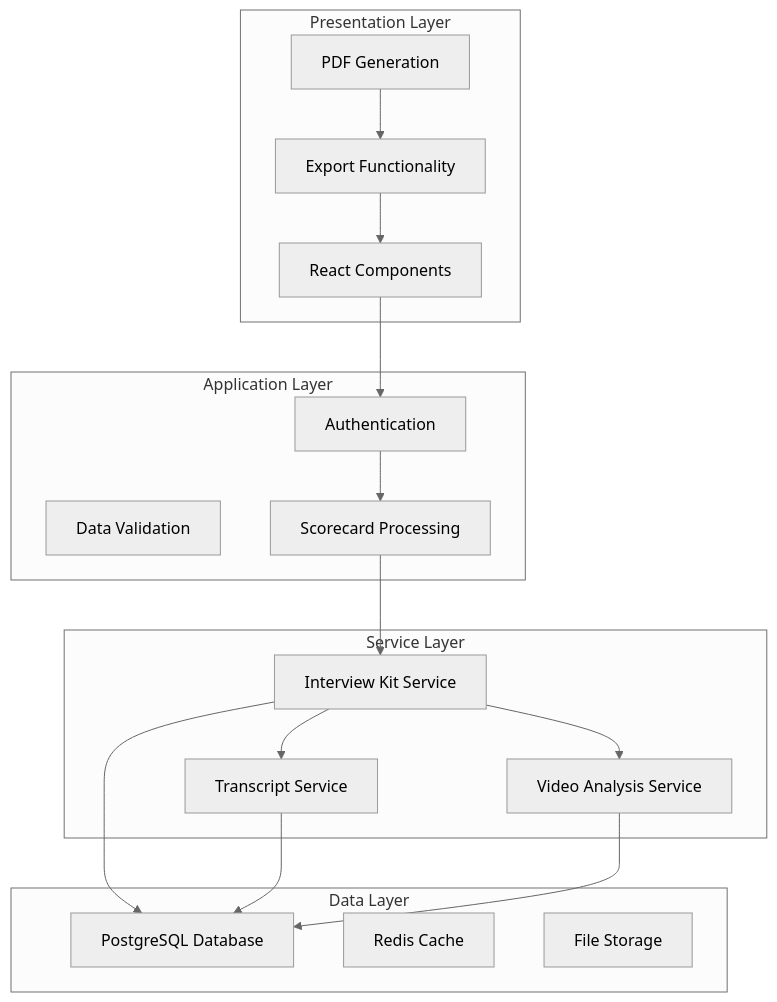
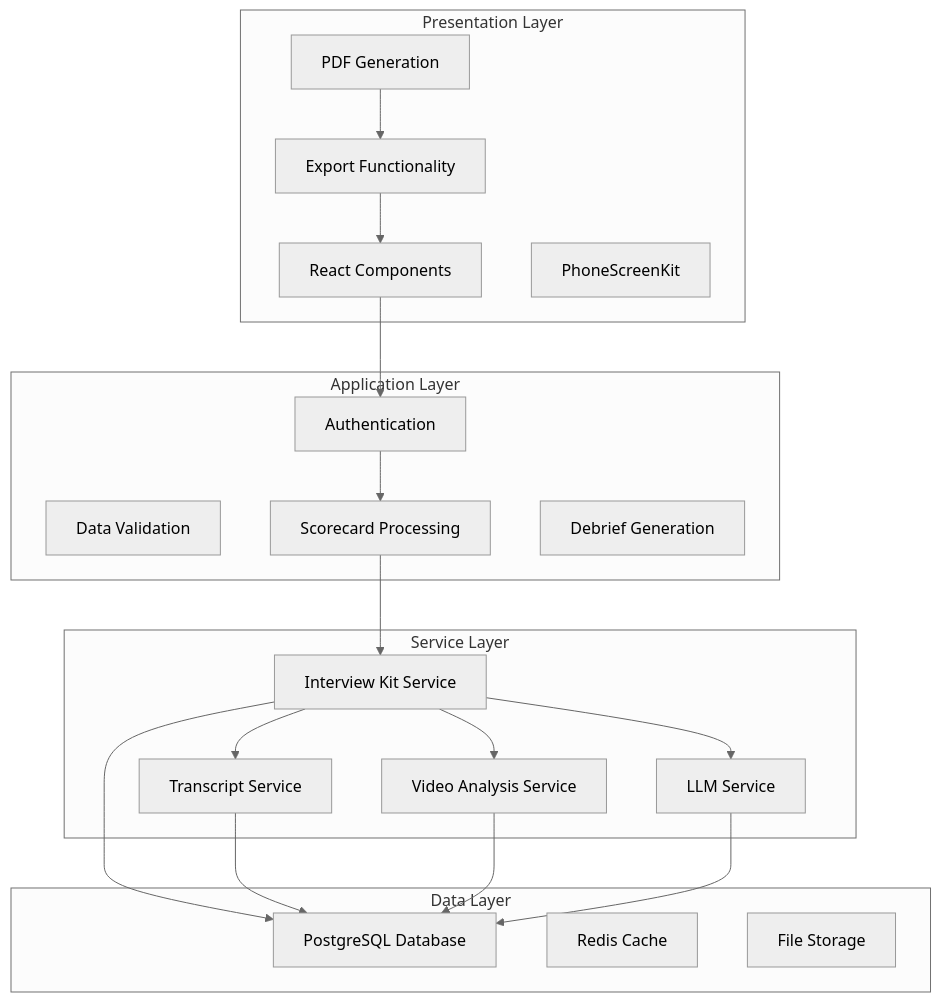
The third of 10 diagrams in .qoder/repowiki/en/content/Frontend Architecture/Component Library/Interview Scorecard Component.md (Revanththetalogics/aireume), drawn with Mermaid (neutral theme) before and after one commit. The commit also changed other lines of this file and 6 other files, not shown here.

Commit message:
fix: inline resume display for Word formats in phone screen split-view

````diff
--- a/.qoder/repowiki/en/content/Frontend Architecture/Component Library/Interview Scorecard Component.md
+++ b/.qoder/repowiki/en/content/Frontend Architecture/Component Library/Interview Scorecard Component.md
@@ -152,33 +179,38 @@
 ```mermaid
 graph TB
 subgraph "Presentation Layer"
 UI[React Components]
 PDF[PDF Generation]
 Export[Export Functionality]
+PSK[PhoneScreenKit]
 end
 subgraph "Application Layer"
 Auth[Authentication]
 Validation[Data Validation]
 Processing[Scorecard Processing]
+DebriefGen[Debrief Generation]
 end
 subgraph "Service Layer"
 InterviewKit[Interview Kit Service]
 TranscriptAnalysis[Transcript Service]
 VideoAnalysis[Video Analysis Service]
+LLMService[LLM Service]
 end
 subgraph "Data Layer"
 PostgreSQL[PostgreSQL Database]
 Redis[Redis Cache]
 FileStorage[File Storage]
 end
 UI --> Auth
 Auth --> Processing
 Processing --> InterviewKit
 InterviewKit --> TranscriptAnalysis
 InterviewKit --> VideoAnalysis
+InterviewKit --> LLMService
 InterviewKit --> PostgreSQL
 TranscriptAnalysis --> PostgreSQL
 VideoAnalysis --> PostgreSQL
+LLMService --> PostgreSQL
 PDF --> Export
 Export --> UI
 ```
````
